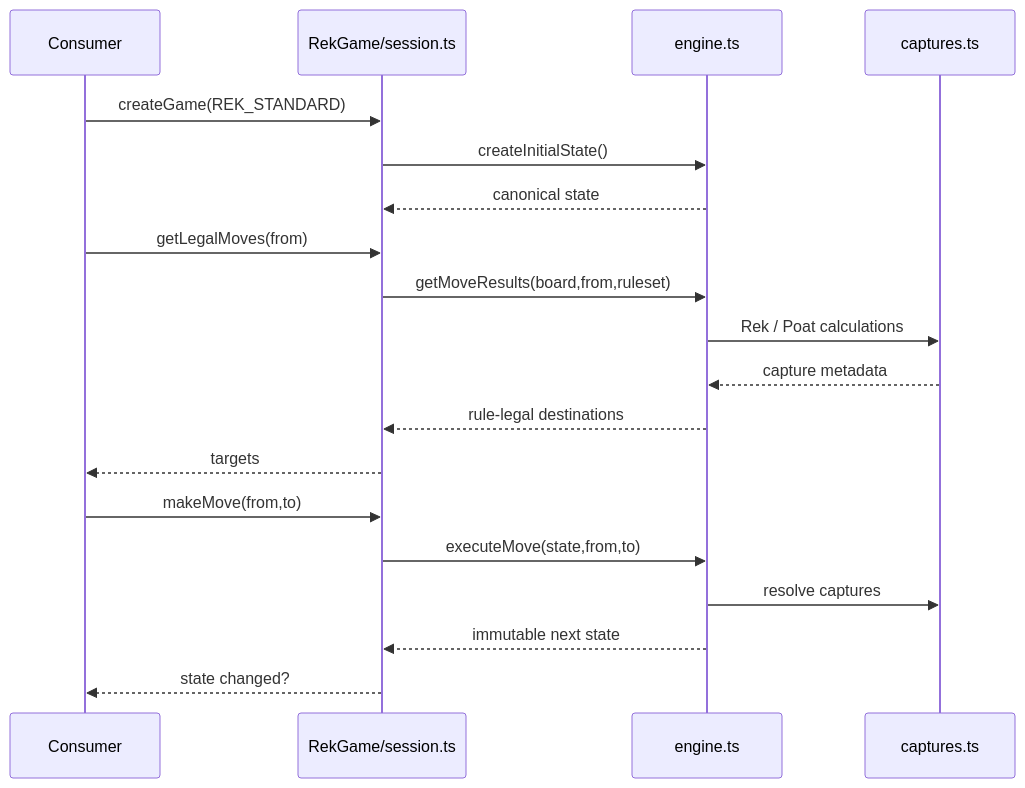
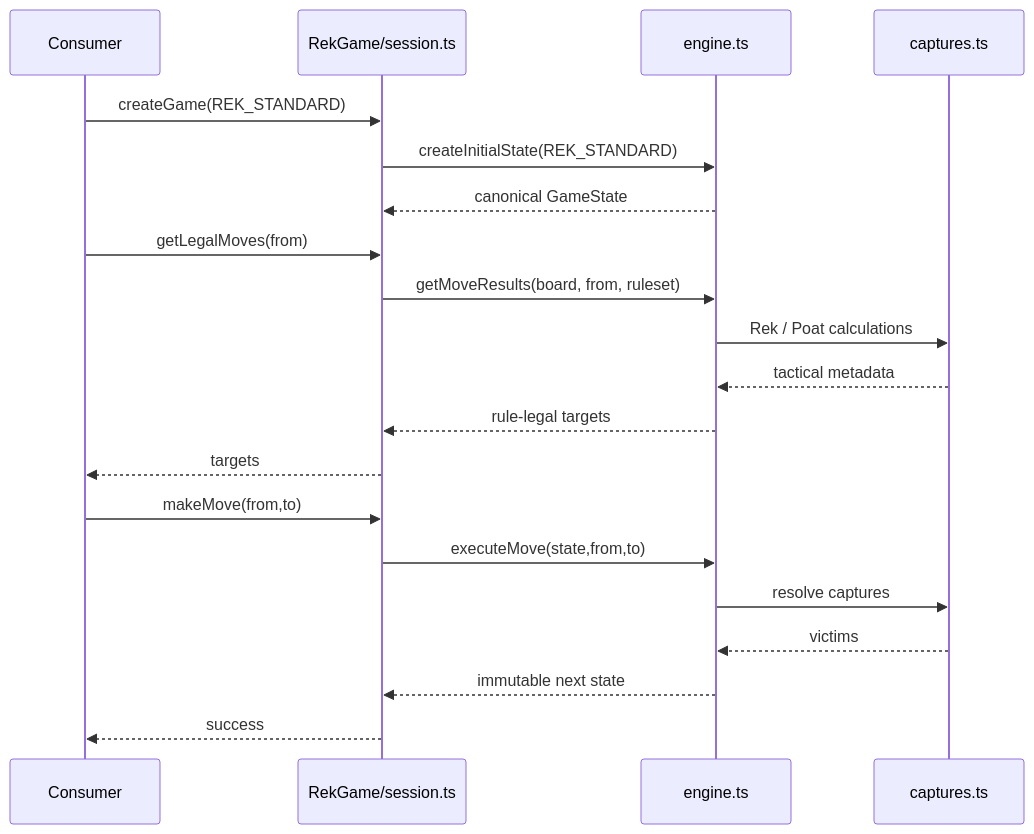
The second of 7 diagrams in ENGINE_ARCHITECTURE_REK_KHMER.md (machxanht/Rek-Khmer-Chess), drawn with Mermaid before and after one commit. The commit also changed other lines of this file and 50 other files, not shown here.

````diff
--- a/ENGINE_ARCHITECTURE_REK_KHMER.md
+++ b/ENGINE_ARCHITECTURE_REK_KHMER.md
@@ -111,24 +111,25 @@
 ```mermaid
 sequenceDiagram
     participant C as Consumer
     participant S as RekGame/session.ts
     participant E as engine.ts
     participant X as captures.ts
 
     C->>S: createGame(REK_STANDARD)
-    S->>E: createInitialState()
-    E-->>S: canonical state
+    S->>E: createInitialState(REK_STANDARD)
+    E-->>S: canonical GameState
 
     C->>S: getLegalMoves(from)
-    S->>E: getMoveResults(board,from,ruleset)
+    S->>E: getMoveResults(board, from, ruleset)
     E->>X: Rek / Poat calculations
-    X-->>E: capture metadata
-    E-->>S: rule-legal destinations
+    X-->>E: tactical metadata
+    E-->>S: rule-legal targets
     S-->>C: targets
 
     C->>S: makeMove(from,to)
     S->>E: executeMove(state,from,to)
     E->>X: resolve captures
+    X-->>E: victims
     E-->>S: immutable next state
-    S-->>C: state changed?
+    S-->>C: success
 ```
````
